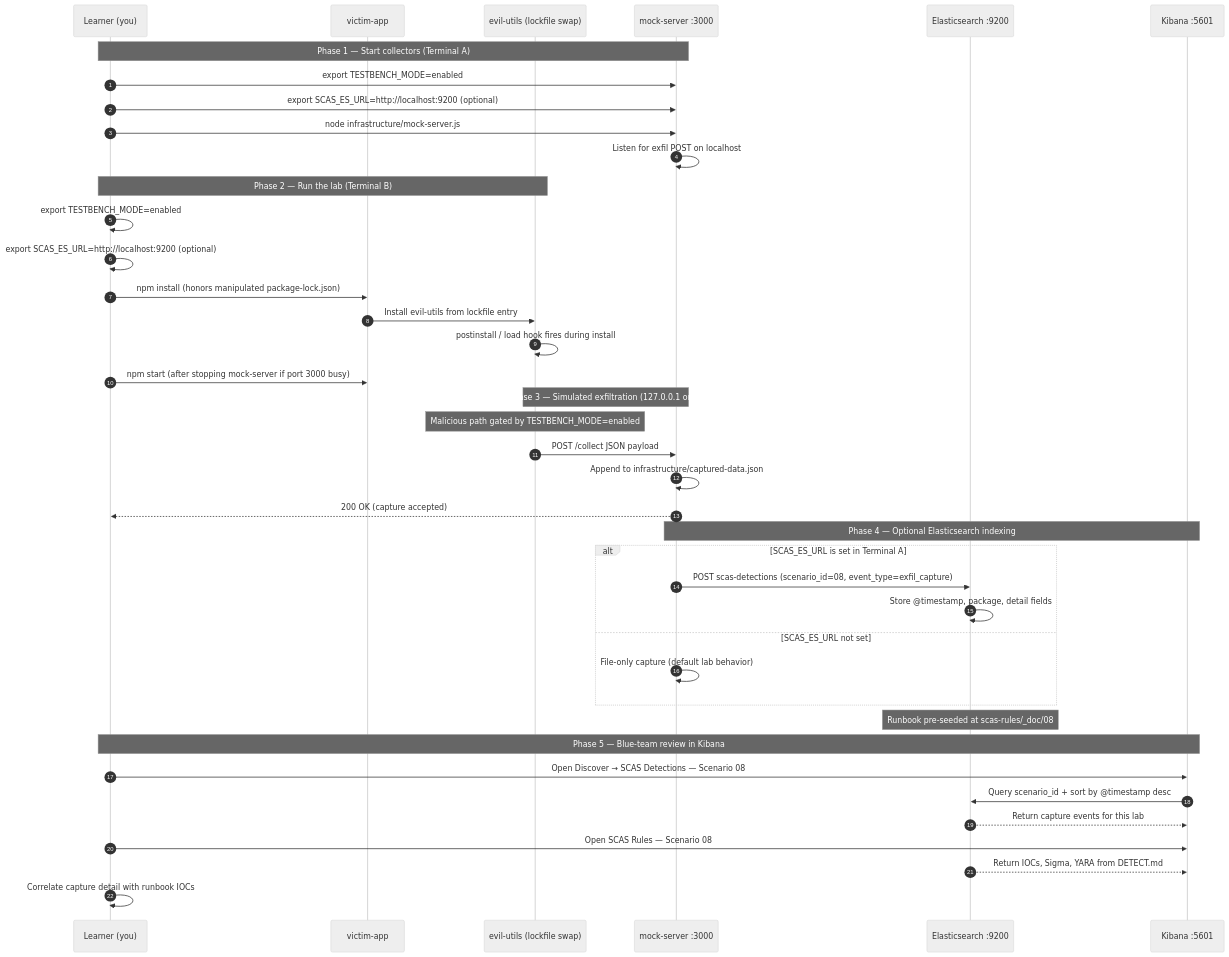
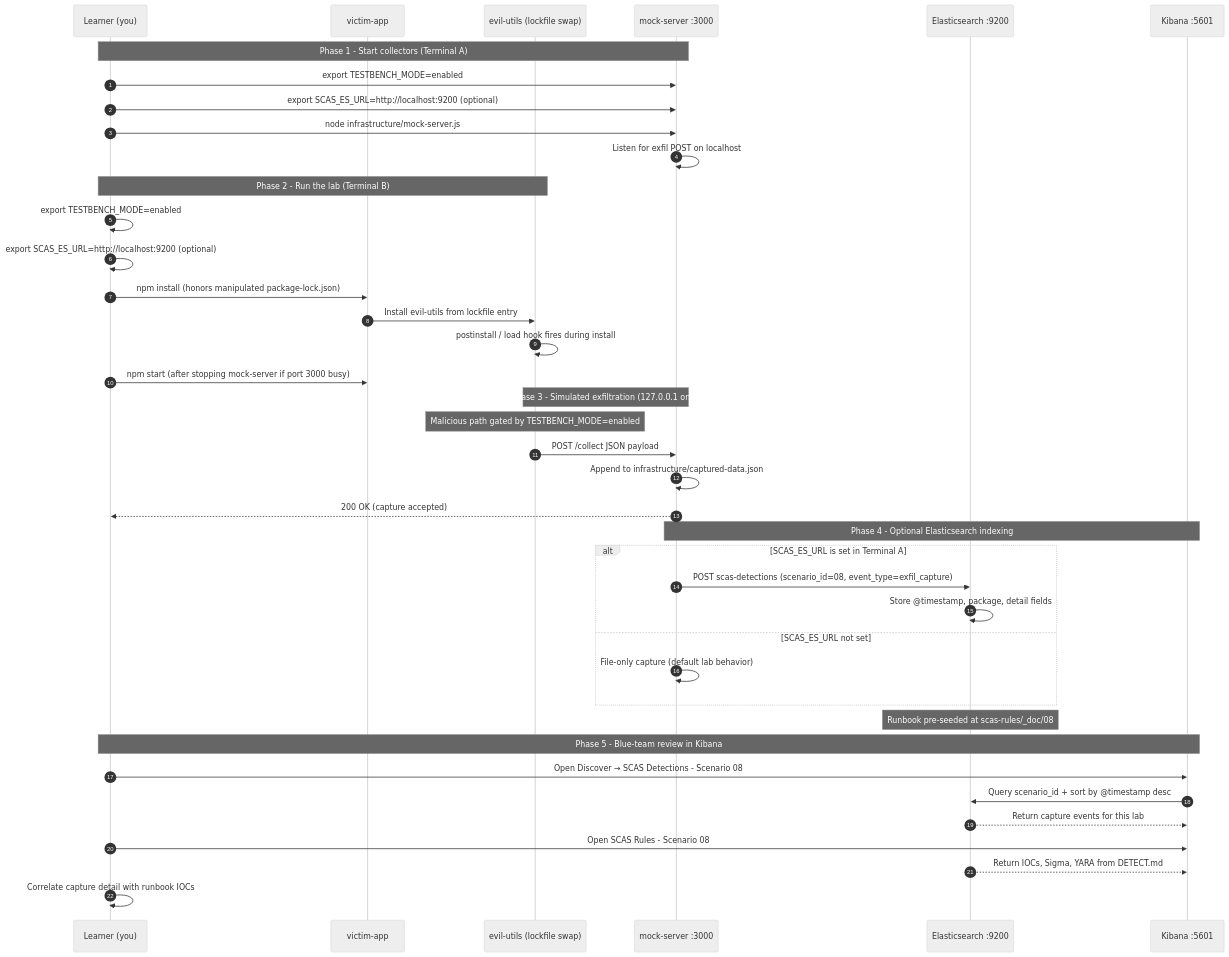
One commit to RAJANAGORI/testbench changed the diagram in documentation/scenario-guides/zero-to-hero/ZERO_TO_HERO_SCENARIO_08.md. Above: the diagram before and after it, drawn with Mermaid (neutral theme). The commit also changed other lines of this file and 66 other files, not shown here.

````diff
--- a/documentation/scenario-guides/zero-to-hero/ZERO_TO_HERO_SCENARIO_08.md
+++ b/documentation/scenario-guides/zero-to-hero/ZERO_TO_HERO_SCENARIO_08.md
@@ -736,47 +736,47 @@
 ```mermaid
 sequenceDiagram
     autonumber
     participant Learner as Learner (you)
     participant Victim as victim-app
     participant MalPkg as evil-utils (lockfile swap)
     participant Mock as mock-server :3000
     participant ES as Elasticsearch :9200
     participant Kibana as Kibana :5601
 
-    Note over Learner,Mock: Phase 1 — Start collectors (Terminal A)
+    Note over Learner,Mock: Phase 1 - Start collectors (Terminal A)
     Learner->>Mock: export TESTBENCH_MODE=enabled
     Learner->>Mock: export SCAS_ES_URL=http://localhost:9200 (optional)
     Learner->>Mock: node infrastructure/mock-server.js
     Mock->>Mock: Listen for exfil POST on localhost
 
-    Note over Learner,MalPkg: Phase 2 — Run the lab (Terminal B)
+    Note over Learner,MalPkg: Phase 2 - Run the lab (Terminal B)
     Learner->>Learner: export TESTBENCH_MODE=enabled
     Learner->>Learner: export SCAS_ES_URL=http://localhost:9200 (optional)
     Learner->>Victim: npm install (honors manipulated package-lock.json)
     Victim->>MalPkg: Install evil-utils from lockfile entry
     MalPkg->>MalPkg: postinstall / load hook fires during install
     Learner->>Victim: npm start (after stopping mock-server if port 3000 busy)
 
-    Note over MalPkg,Mock: Phase 3 — Simulated exfiltration (127.0.0.1 only)
+    Note over MalPkg,Mock: Phase 3 - Simulated exfiltration (127.0.0.1 only)
     Note over MalPkg: Malicious path gated by TESTBENCH_MODE=enabled
     MalPkg->>Mock: POST /collect JSON payload
     Mock->>Mock: Append to infrastructure/captured-data.json
     Mock-->>Learner: 200 OK (capture accepted)
 
-    Note over Mock,Kibana: Phase 4 — Optional Elasticsearch indexing
+    Note over Mock,Kibana: Phase 4 - Optional Elasticsearch indexing
     alt SCAS_ES_URL is set in Terminal A
     Mock->>ES: POST scas-detections (scenario_id=08, event_type=exfil_capture)
     ES->>ES: Store @timestamp, package, detail fields
     else SCAS_ES_URL not set
     Mock->>Mock: File-only capture (default lab behavior)
     end
 
     Note over ES: Runbook pre-seeded at scas-rules/_doc/08
-    Note over Learner,Kibana: Phase 5 — Blue-team review in Kibana
-    Learner->>Kibana: Open Discover → SCAS Detections — Scenario 08
+    Note over Learner,Kibana: Phase 5 - Blue-team review in Kibana
+    Learner->>Kibana: Open Discover → SCAS Detections - Scenario 08
     Kibana->>ES: Query scenario_id + sort by @timestamp desc
     ES-->>Kibana: Return capture events for this lab
-    Learner->>Kibana: Open SCAS Rules — Scenario 08
+    Learner->>Kibana: Open SCAS Rules - Scenario 08
     ES-->>Kibana: Return IOCs, Sigma, YARA from DETECT.md
     Learner->>Learner: Correlate capture detail with runbook IOCs
 ```
````
